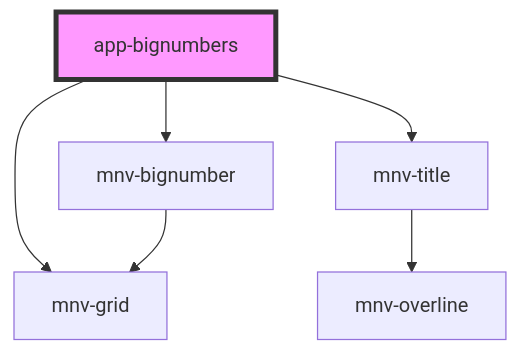
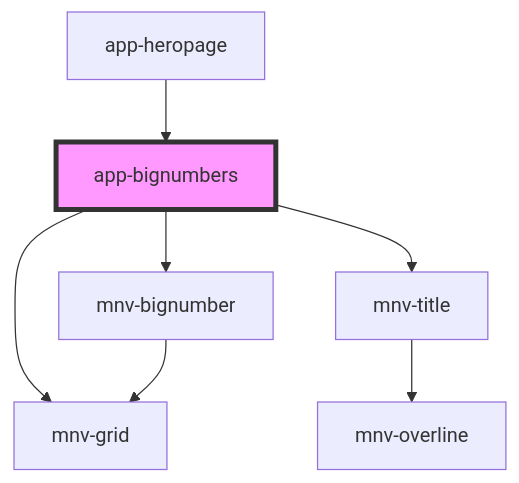
Before and after one commit to rafaela-vairo/ufrj-sustainable: the diagram in src/components/sections/app-bignumbers/readme.md, drawn with Mermaid. The commit also changed other lines of this file and 27 other files, not shown here.

````diff
--- a/src/components/sections/app-bignumbers/readme.md
+++ b/src/components/sections/app-bignumbers/readme.md
@@ -17,9 +21,10 @@
 ```mermaid
 graph TD;
   app-bignumbers --> mnv-grid
   app-bignumbers --> mnv-title
   app-bignumbers --> mnv-bignumber
   mnv-title --> mnv-overline
   mnv-bignumber --> mnv-grid
+  app-heropage --> app-bignumbers
   style app-bignumbers fill:#f9f,stroke:#333,stroke-width:4px
 ```
````
